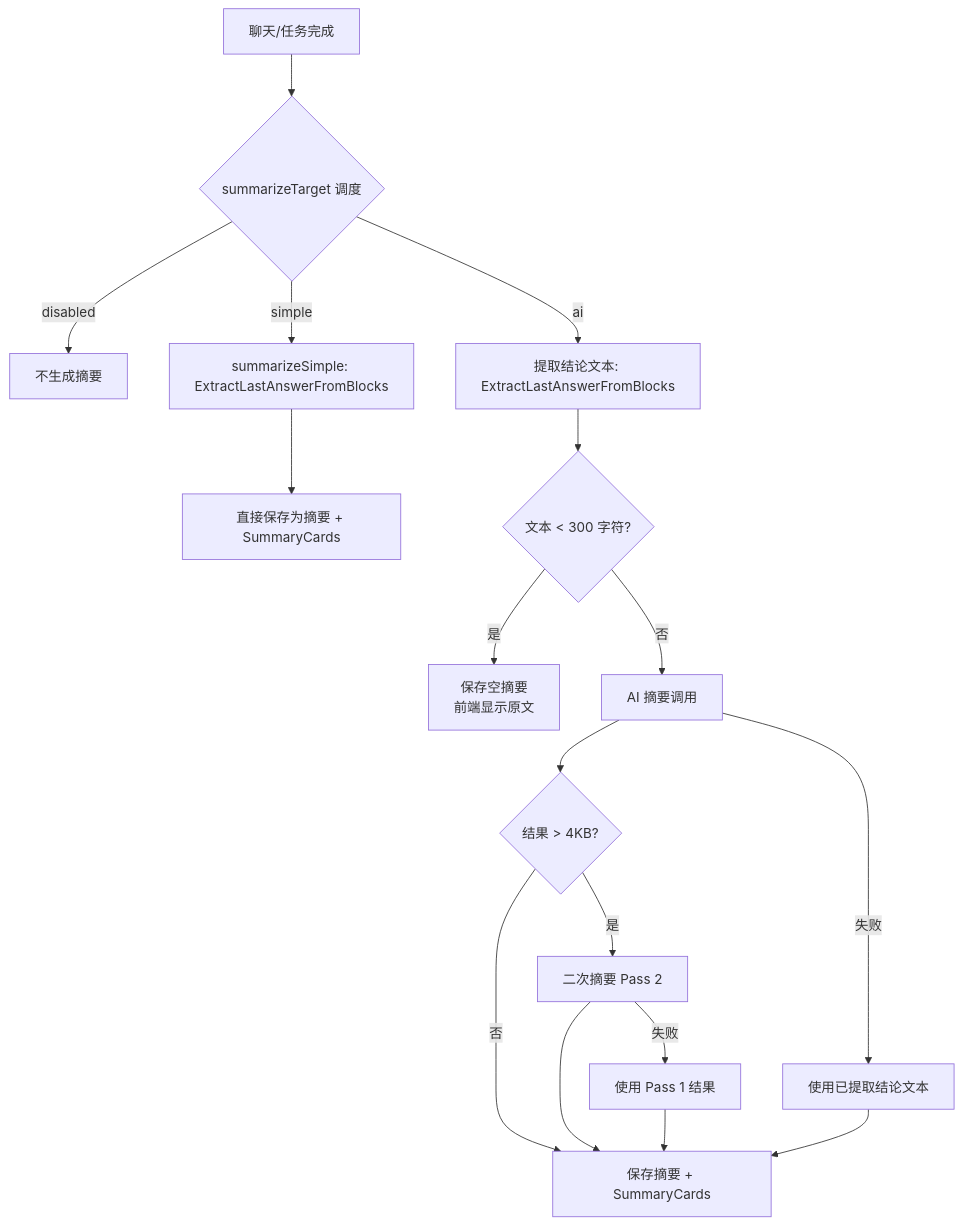
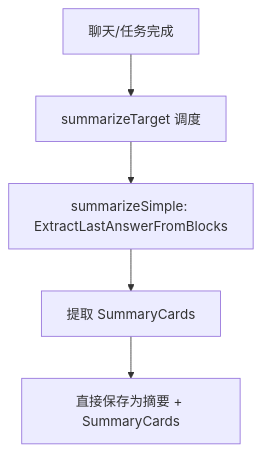
Before and after one commit to 0REZ/clawbench: the first of 2 diagrams in docs/spec/core/summarization.md, drawn with Mermaid. The commit also changed other lines of this file and 315 other files, not shown here.

````diff
--- a/docs/spec/core/summarization.md
+++ b/docs/spec/core/summarization.md
@@ -9,19 +9,7 @@
 ```mermaid
 flowchart TD
-    A[聊天/任务完成] --> B{summarizeTarget 调度}
-    B -->|disabled| Z[不生成摘要]
-    B -->|simple| C[summarizeSimple: ExtractLastAnswerFromBlocks]
-    C --> D[直接保存为摘要 + SummaryCards]
-    B -->|ai| E[提取结论文本: ExtractLastAnswerFromBlocks]
-    E --> F{文本 < 300 字符?}
-    F -->|是| G[保存空摘要<br/>前端显示原文]
-    F -->|否| H[AI 摘要调用]
-    H --> I{结果 > 4KB?}
-    I -->|否| J[保存摘要 + SummaryCards]
-    I -->|是| K[二次摘要 Pass 2]
-    K --> J
-    K -->|失败| L[使用 Pass 1 结果]
-    L --> J
-    H -->|失败| M[使用已提取结论文本]
-    M --> J
+    A[聊天/任务完成] --> B[summarizeTarget 调度]
+    B --> C[summarizeSimple: ExtractLastAnswerFromBlocks]
+    C --> D[提取 SummaryCards]
+    D --> E[直接保存为摘要 + SummaryCards]
 ```
````
